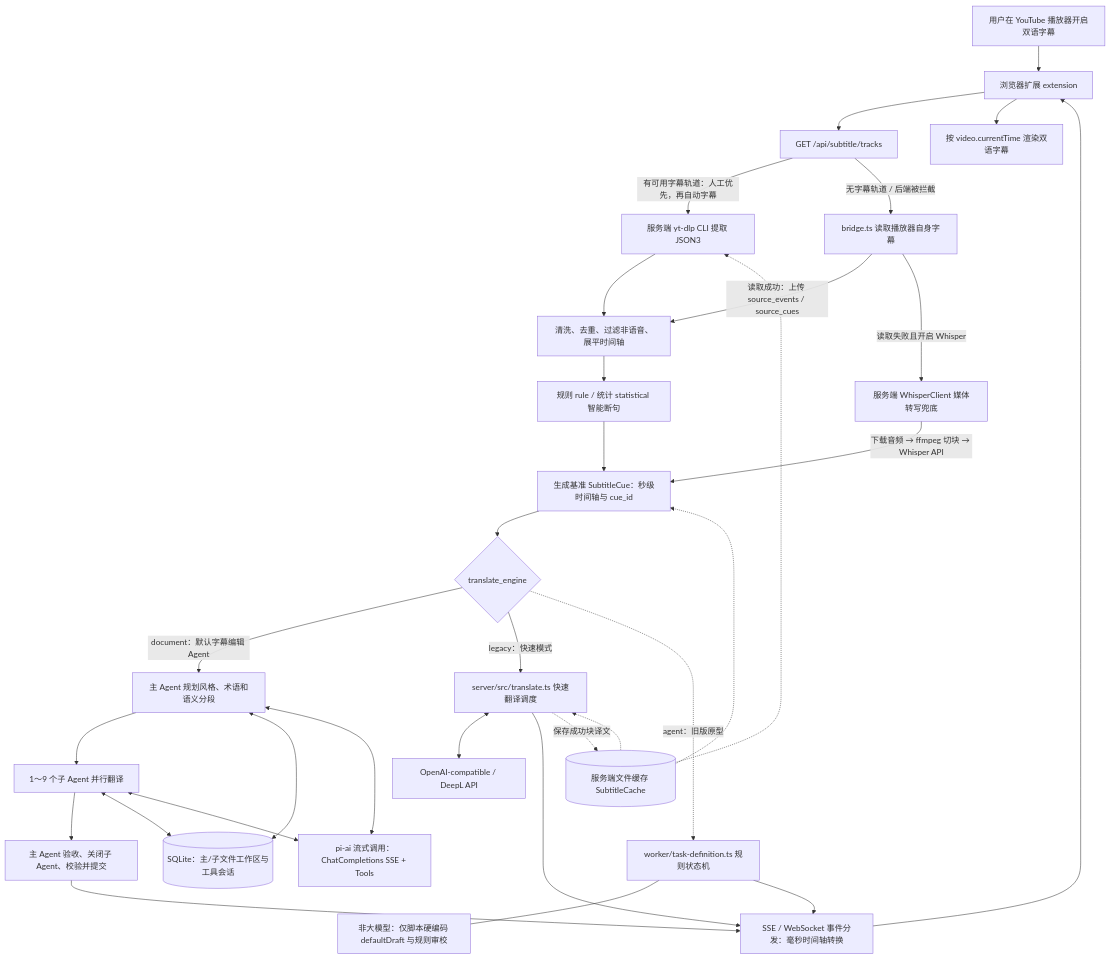
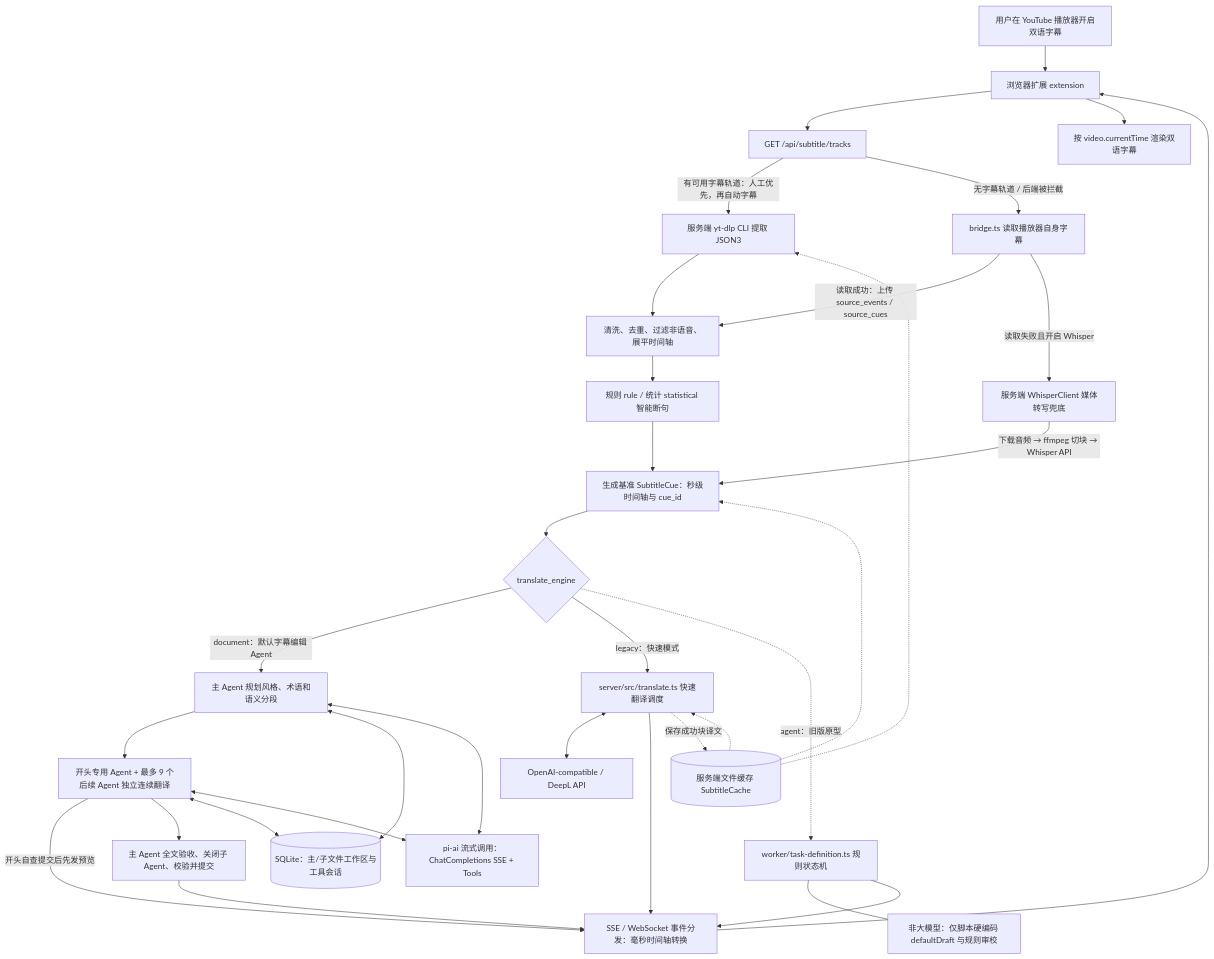
The first of 2 diagrams in docs/translation-architecture.md (midastruth/youtube-translator), drawn with Mermaid before and after one commit. The commit also changed other lines of this file and 17 other files, not shown here.

````diff
--- a/docs/translation-architecture.md
+++ b/docs/translation-architecture.md
@@ -11,40 +11,41 @@
 ```mermaid
 flowchart TD
     U[用户在 YouTube 播放器开启双语字幕] --> E[浏览器扩展 extension]
     E --> T[GET /api/subtitle/tracks]
     T -->|有可用字幕轨道：人工优先，再自动字幕| Y[服务端 yt-dlp CLI 提取 JSON3]
     T -->|无字幕轨道 / 后端被拦截| B[bridge.ts 读取播放器自身字幕]
     B -->|读取成功：上传 source_events / source_cues| P[清洗、去重、过滤非语音、展平时间轴]
     Y --> P
     P --> S[规则 rule / 统计 statistical 智能断句]
     S --> C[生成基准 SubtitleCue：秒级时间轴与 cue_id]
     B -->|读取失败且开启 Whisper| W[服务端 WhisperClient 媒体转写兜底]
     W -->|下载音频 → ffmpeg 切块 → Whisper API| C
     
     C --> Q{translate_engine}
     
     Q -->|document：默认字幕编辑 Agent| DW[主 Agent 规划风格、术语和语义分段]
-    DW --> CHILD[1～9 个子 Agent 并行翻译]
-    CHILD --> REVIEW[主 Agent 验收、关闭子 Agent、校验并提交]
+    DW --> CHILD[开头专用 Agent + 最多 9 个后续 Agent 独立连续翻译]
+    CHILD -->|开头自查提交后先发预览| SSE
+    CHILD --> REVIEW[主 Agent 全文验收、关闭子 Agent、校验并提交]
     DW <--> DB[(SQLite：主/子文件工作区与工具会话)]
     CHILD <--> DB
     DW <--> LLM[pi-ai 流式调用：ChatCompletions SSE + Tools]
     CHILD <--> LLM
     
     Q -->|legacy：快速模式| L[server/src/translate.ts 快速翻译调度]
     L <--> API[OpenAI-compatible / DeepL API]
     
     Q -.->|agent：旧版原型| AG[worker/task-definition.ts 规则状态机]
     AG --- NOTE[非大模型：仅脚本硬编码 defaultDraft 与规则审校]
     
     REVIEW --> SSE[SSE / WebSocket 事件分发：毫秒时间轴转换]
     L --> SSE
     AG --> SSE
     SSE --> E
     E --> R[按 video.currentTime 渲染双语字幕]
     
     FC[(服务端文件缓存 SubtitleCache)] -.-> Y
     FC -.-> C
     FC -.-> L
     L -.->|保存成功块译文| FC
 ```
````
